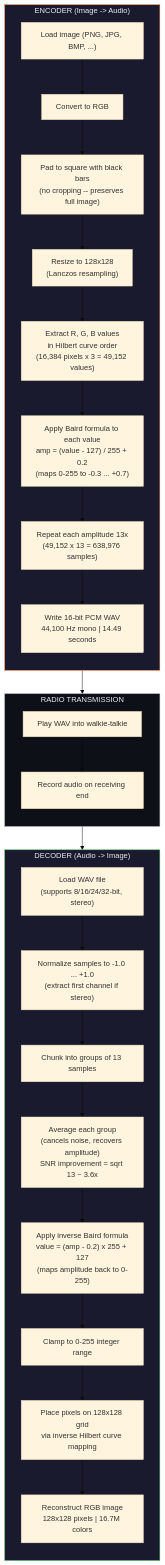
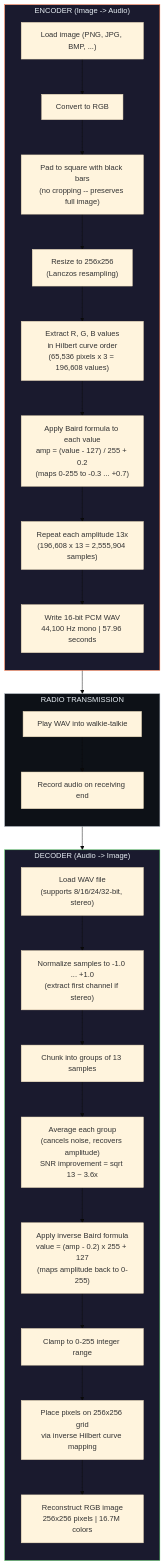
The diagram in README.md (srtux/PicTalkie-1), drawn with Mermaid (base theme) before and after one commit. The commit also changed other lines of this file and 8 other files, not shown here.

````diff
--- a/README.md
+++ b/README.md
@@ -58,36 +58,36 @@
 ```mermaid
 graph TD
     subgraph Encoder["ENCODER (Image -> Audio)"]
         direction TB
         E1["Load image (PNG, JPG, BMP, ...)"] --> E2["Convert to RGB"]
         E2 --> E3["Pad to square with black bars\n(no cropping -- preserves full image)"]
-        E3 --> E4["Resize to 128x128\n(Lanczos resampling)"]
-        E4 --> E5["Extract R, G, B values\nin Hilbert curve order\n(16,384 pixels x 3 = 49,152 values)"]
+        E3 --> E4["Resize to 256x256\n(Lanczos resampling)"]
+        E4 --> E5["Extract R, G, B values\nin Hilbert curve order\n(65,536 pixels x 3 = 196,608 values)"]
         E5 --> E6["Apply Baird formula to each value\namp = (value - 127) / 255 + 0.2\n(maps 0-255 to -0.3 ... +0.7)"]
-        E6 --> E7["Repeat each amplitude 13x\n(49,152 x 13 = 638,976 samples)"]
-        E7 --> E8["Write 16-bit PCM WAV\n44,100 Hz mono | 14.49 seconds"]
+        E6 --> E7["Repeat each amplitude 13x\n(196,608 x 13 = 2,555,904 samples)"]
+        E7 --> E8["Write 16-bit PCM WAV\n44,100 Hz mono | 57.96 seconds"]
     end
 
     subgraph Transmission["RADIO TRANSMISSION"]
         direction TB
         TX["Play WAV into walkie-talkie"] --> RX["Record audio on receiving end"]
     end
 
     subgraph Decoder["DECODER (Audio -> Image)"]
         direction TB
         D1["Load WAV file\n(supports 8/16/24/32-bit, stereo)"] --> D2["Normalize samples to -1.0 ... +1.0\n(extract first channel if stereo)"]
         D2 --> D3["Chunk into groups of 13 samples"]
         D3 --> D4["Average each group\n(cancels noise, recovers amplitude)\nSNR improvement = sqrt 13 ~ 3.6x"]
         D4 --> D5["Apply inverse Baird formula\nvalue = (amp - 0.2) x 255 + 127\n(maps amplitude back to 0-255)"]
         D5 --> D6["Clamp to 0-255 integer range"]
-        D6 --> D7["Place pixels on 128x128 grid\nvia inverse Hilbert curve mapping"]
-        D7 --> D8["Reconstruct RGB image\n128x128 pixels | 16.7M colors"]
+        D6 --> D7["Place pixels on 256x256 grid\nvia inverse Hilbert curve mapping"]
+        D7 --> D8["Reconstruct RGB image\n256x256 pixels | 16.7M colors"]
     end
 
     E8 --> TX
     RX --> D1
 
     style Encoder fill:#1a1a2e,stroke:#ff6b35,color:#e6edf3
     style Transmission fill:#0d1117,stroke:#8b949e,color:#e6edf3
     style Decoder fill:#1a1a2e,stroke:#3fb950,color:#e6edf3
 ```
````
